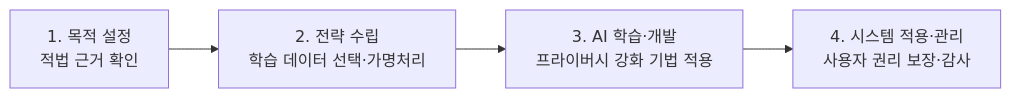
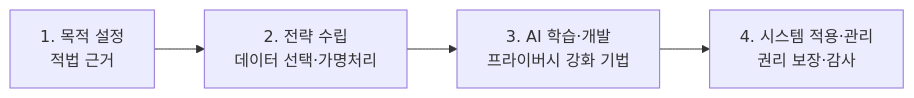
The third of 3 diagrams in docs/ai-security/08_ai_governance_framework.md (KimJongGeun/Security-Technology-Research-Institute-Learning-Materials), drawn with Mermaid before and after one commit. The commit also changed other lines of this file and 1 other file, not shown here.

````diff
--- a/docs/ai-security/08_ai_governance_framework.md
+++ b/docs/ai-security/08_ai_governance_framework.md
@@ -255,6 +220,6 @@
 ```mermaid
 flowchart LR
-    S1[1. 목적 설정<br/>적법 근거 확인] --> S2[2. 전략 수립<br/>학습 데이터 선택·가명처리]
-    S2 --> S3[3. AI 학습·개발<br/>프라이버시 강화 기법 적용]
-    S3 --> S4[4. 시스템 적용·관리<br/>사용자 권리 보장·감사]
+    S1[1. 목적 설정<br/>적법 근거] --> S2[2. 전략 수립<br/>데이터 선택·가명처리]
+    S2 --> S3[3. AI 학습·개발<br/>프라이버시 강화 기법]
+    S3 --> S4[4. 시스템 적용·관리<br/>권리 보장·감사]
 ```
````
